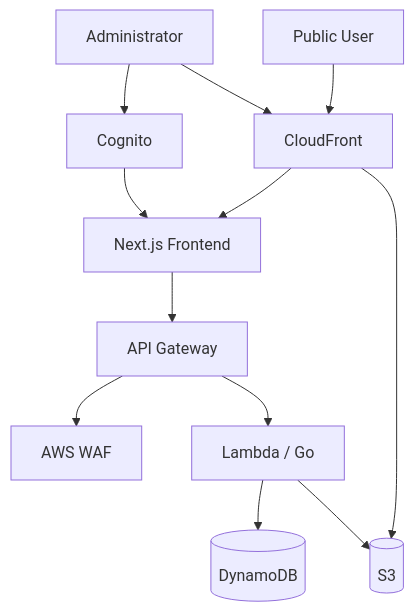
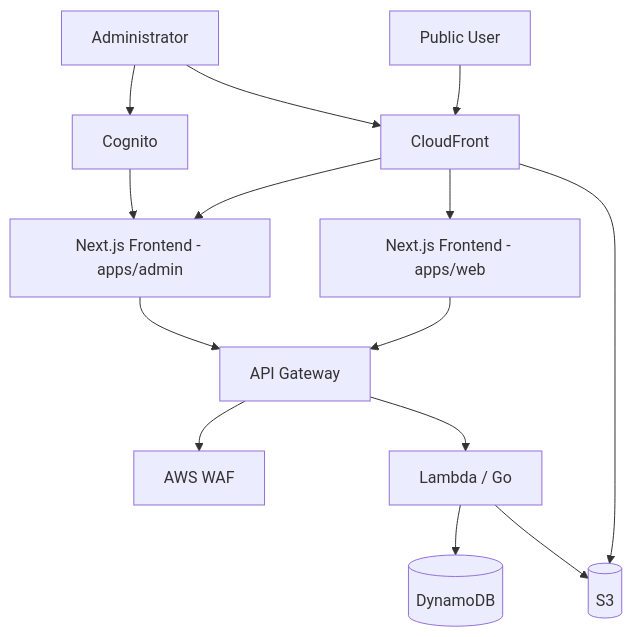
The first of 3 diagrams in REQUIREMENTS.md (Kyoya67/kyo8-portfolio), drawn with Mermaid before and after one commit. The commit also changed other lines of this file, not shown here.

Commit message:
fix: clarify frontend structure in flowchart of REQUIREMENTS.md

````diff
--- a/REQUIREMENTS.md
+++ b/REQUIREMENTS.md
@@ -157,32 +157,35 @@
 ```mermaid
 flowchart TB
     User[Public User]
     Admin[Administrator]
 
     CF[CloudFront]
-    FE[Next.js Frontend]
+    FE[Next.js Frontend - apps/web]
+    AdminFE[Next.js Frontend - apps/admin]
 
     WAF[AWS WAF]
     APIGW[API Gateway]
     Auth[Cognito]
     Lambda[Lambda / Go]
     DB[(DynamoDB)]
     S3[(S3)]
 
     User --> CF
     Admin --> CF
 
     CF --> FE
+    CF --> AdminFE
     CF --> S3
 
     FE --> APIGW
+    AdminFE --> APIGW
 
     Admin --> Auth
-    Auth --> FE
+    Auth --> AdminFE
 
     APIGW --> WAF
     APIGW --> Lambda
 
     Lambda --> DB
     Lambda --> S3
 ```
````
